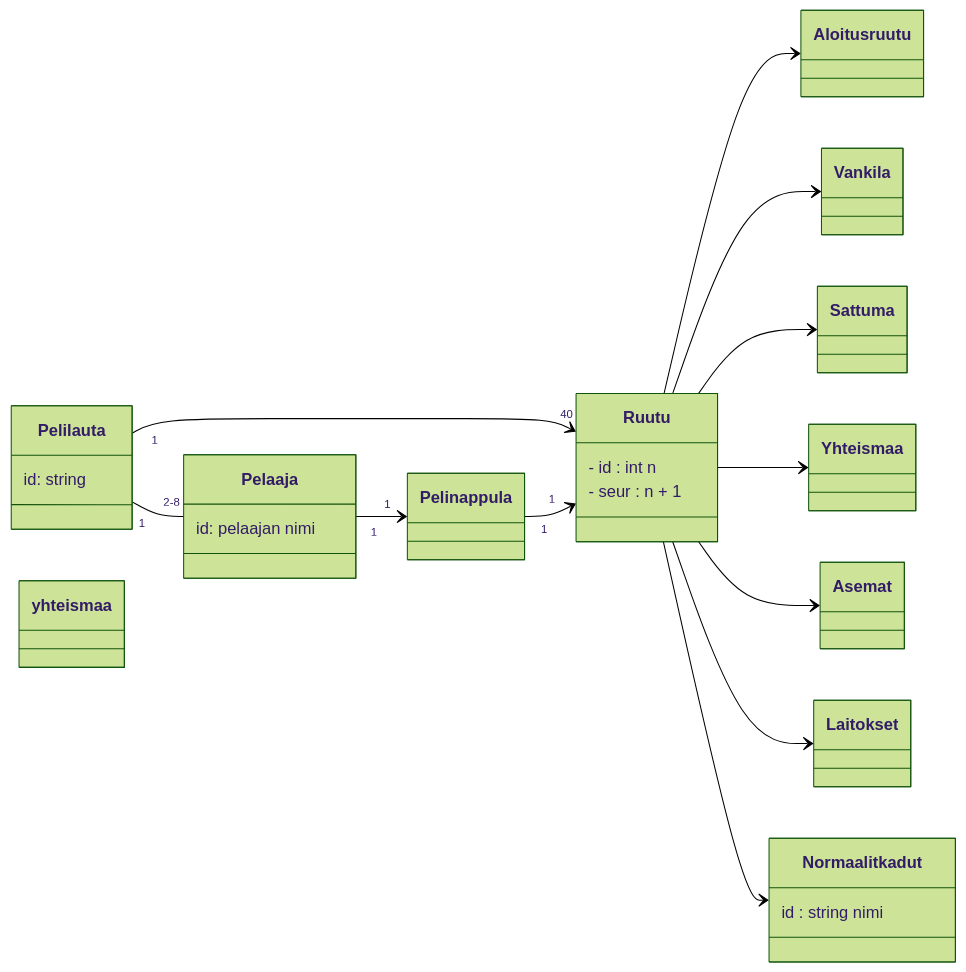
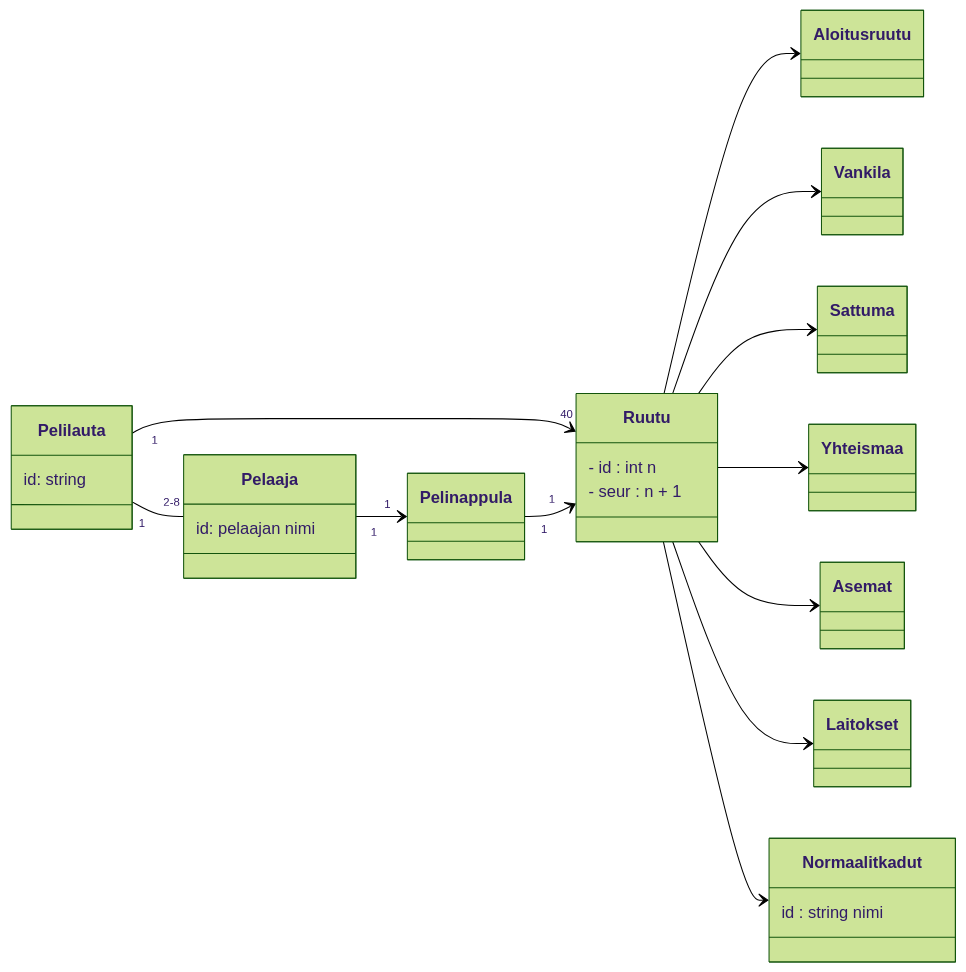
The diagram in laskarit/viikko3/monopoli.md (brotholi/ot-harjoitustyo), drawn with Mermaid (forest theme) before and after one commit.

````diff
--- a/laskarit/viikko3/monopoli.md
+++ b/laskarit/viikko3/monopoli.md
@@ -1,61 +1,44 @@
 ```mermaid
  classDiagram
     
     
     class Pelaaja {
         id: pelaajan nimi
     }
 
     class Pelilauta {
      id: string   
     }
     
     
     class Ruutu {
     - id : int n
     - seur : n + 1
      }
     
-    class Aloitusruutu {
-    }
-    
-    class Vankila {
-    }
-    
-    class Sattuma {
-    }
-    
-    class yhteismaa {
-    }
-    
-    class Asemat {
-    }
-    
-    class Laitokset {
-    }
 
     class Normaalit kadut {
     id : string nimi
     }
          
     class Pelinappula {
     }
     
     direction LR
     Pelilauta "1" -- "2-8" Pelaaja
     direction TD
     Pelaaja "1" --> "1" Pelinappula
     Pelilauta "1" --> "40" Ruutu
     Pelinappula "1" --> "1" Ruutu
     Ruutu --> Aloitusruutu
     Ruutu --> Vankila
     Ruutu --> Sattuma
     Ruutu --> Yhteismaa
     Ruutu --> Asemat
     Ruutu --> Laitokset
     Ruutu --> Normaalit kadut
     
 
 
     
 ```
````
